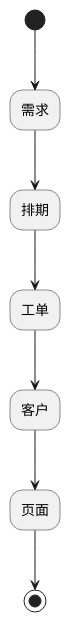
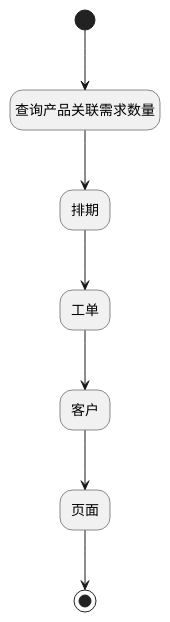
The diagram in doc/docsify/module/ProdMgmt/product/logic/product_counters.md (iBizLab/plm), drawn with PlantUML before and after one commit. The commit also changed other lines of this file and 1068 other files, not shown here.

````diff
--- a/doc/docsify/module/ProdMgmt/product/logic/product_counters.md
+++ b/doc/docsify/module/ProdMgmt/product/logic/product_counters.md
@@ -7,29 +7,29 @@
 ```plantuml
 @startuml
 hide empty description
 <style>
 root {
   HyperlinkColor #42b983
 }
 </style>
 
 hide empty description
 state "开始" as Begin <<start>> [[$./product_counters#begin {"开始"}]]
 state "结束" as END1 <<end>> [[$./product_counters#end1 {"结束"}]]
-state "需求" as RAWSQLCALL1  [[$./product_counters#rawsqlcall1 {"需求"}]]
+state "查询产品关联需求数量" as RAWSQLCALL1  [[$./product_counters#rawsqlcall1 {"查询产品关联需求数量"}]]
 state "排期" as RAWSQLCALL2  [[$./product_counters#rawsqlcall2 {"排期"}]]
 state "工单" as RAWSQLCALL3  [[$./product_counters#rawsqlcall3 {"工单"}]]
 state "客户" as RAWSQLCALL4  [[$./product_counters#rawsqlcall4 {"客户"}]]
 state "页面" as RAWSQLCALL5  [[$./product_counters#rawsqlcall5 {"页面"}]]
 
 
 Begin --> RAWSQLCALL1
 RAWSQLCALL1 --> RAWSQLCALL2
 RAWSQLCALL2 --> RAWSQLCALL3
 RAWSQLCALL3 --> RAWSQLCALL4
 RAWSQLCALL4 --> RAWSQLCALL5
 RAWSQLCALL5 --> END1
 
 
 @enduml
 ```
````
